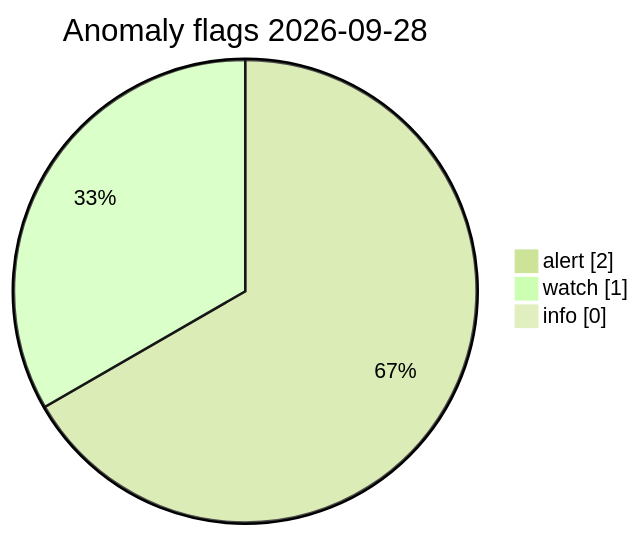
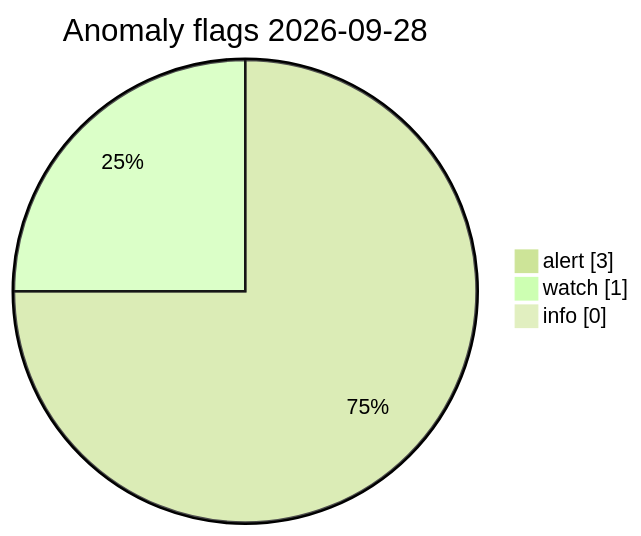
The diagram in visuals/latest/CHARTS.md (Midwest-Stratospheric/Unified-Open-Global-Weather), drawn with Mermaid (forest theme) before and after one commit. The commit also changed other lines of this file and 13 other files, not shown here.

Commit message:
data(visuals): automated charts 2026-09-28T17:46Z

````diff
--- a/visuals/latest/CHARTS.md
+++ b/visuals/latest/CHARTS.md
@@ -73,7 +73,7 @@
 ```mermaid
 pie showData
   title Anomaly flags 2026-09-28
-  "alert" : 2
+  "alert" : 3
   "watch" : 1
   "info" : 0
 ```
````
